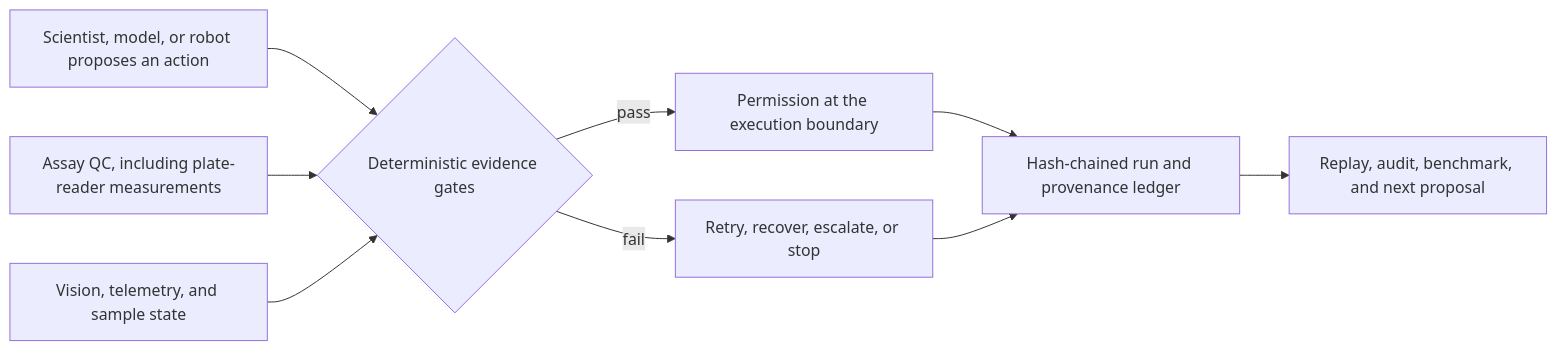
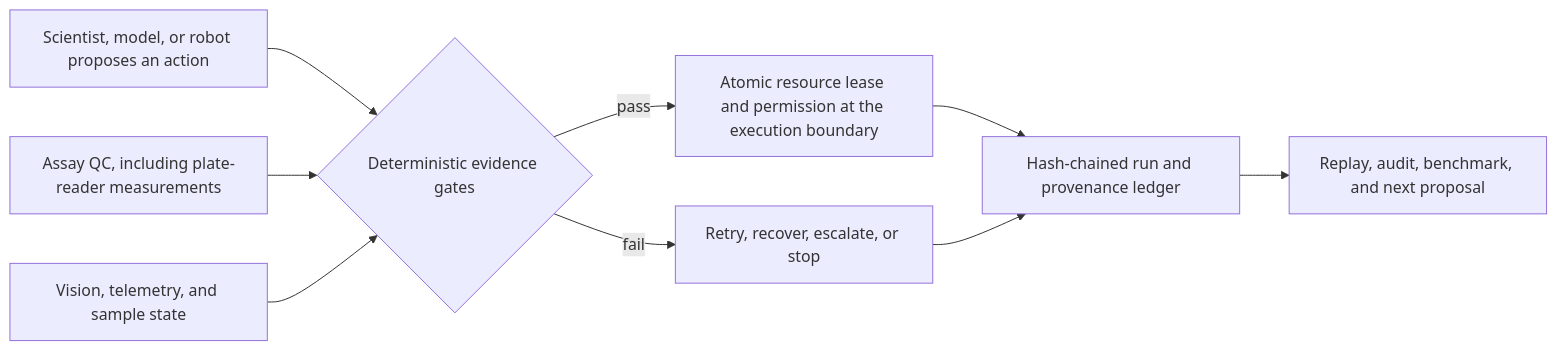
The diagram in README.md (di-omics/autonomous-lab), drawn with Mermaid before and after one commit. The commit also changed other lines of this file and 10 other files, not shown here.

````diff
--- a/README.md
+++ b/README.md
@@ -23,11 +24,11 @@
 ```mermaid
 flowchart LR
   A["Scientist, model, or robot proposes an action"] --> D{"Deterministic evidence gates"}
   B["Assay QC, including plate-reader measurements"] --> D
   C["Vision, telemetry, and sample state"] --> D
-  D -->|pass| E["Permission at the execution boundary"]
+  D -->|pass| E["Atomic resource lease and permission at the execution boundary"]
   D -->|fail| F["Retry, recover, escalate, or stop"]
   E --> G["Hash-chained run and provenance ledger"]
   F --> G
   G --> H["Replay, audit, benchmark, and next proposal"]
 ```
````
